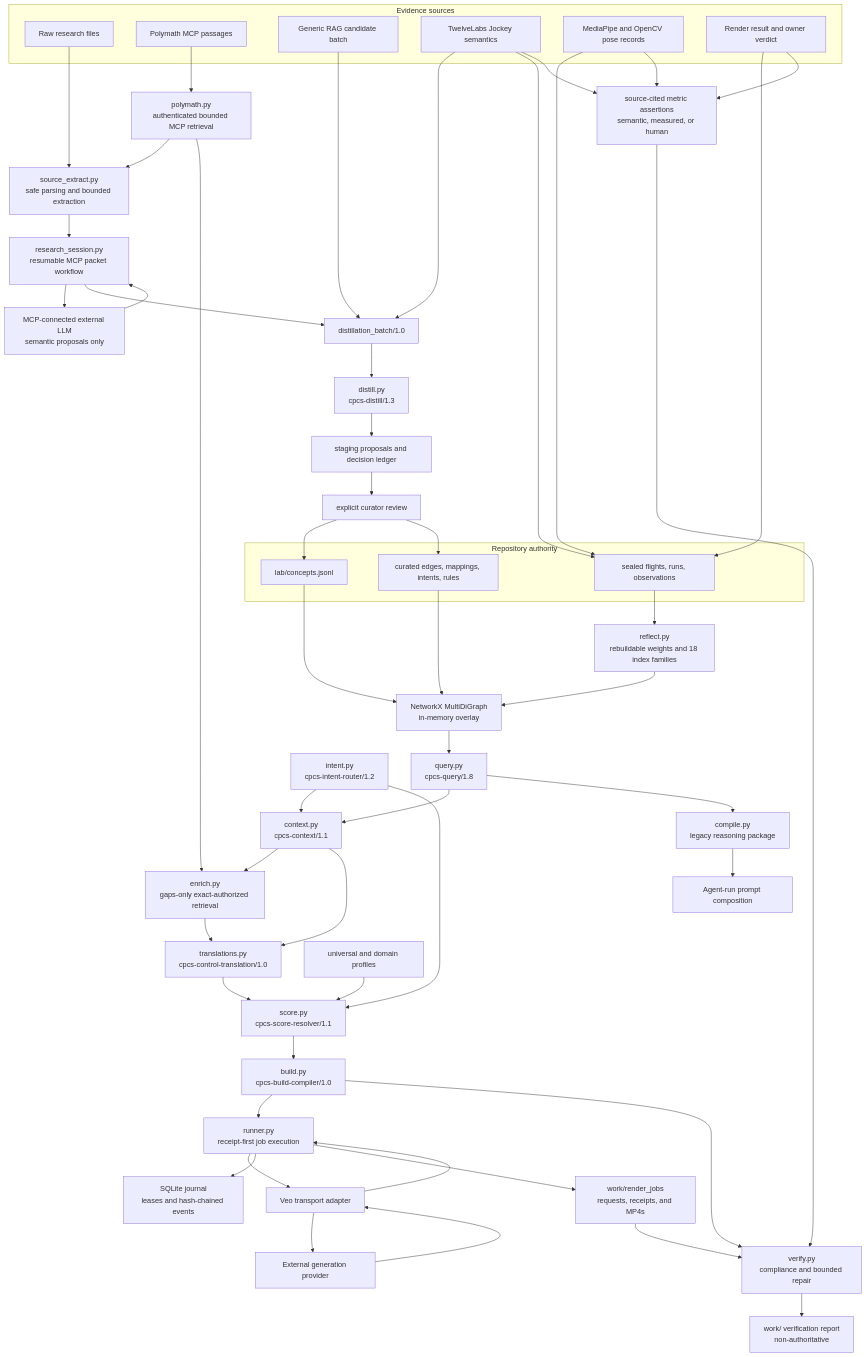
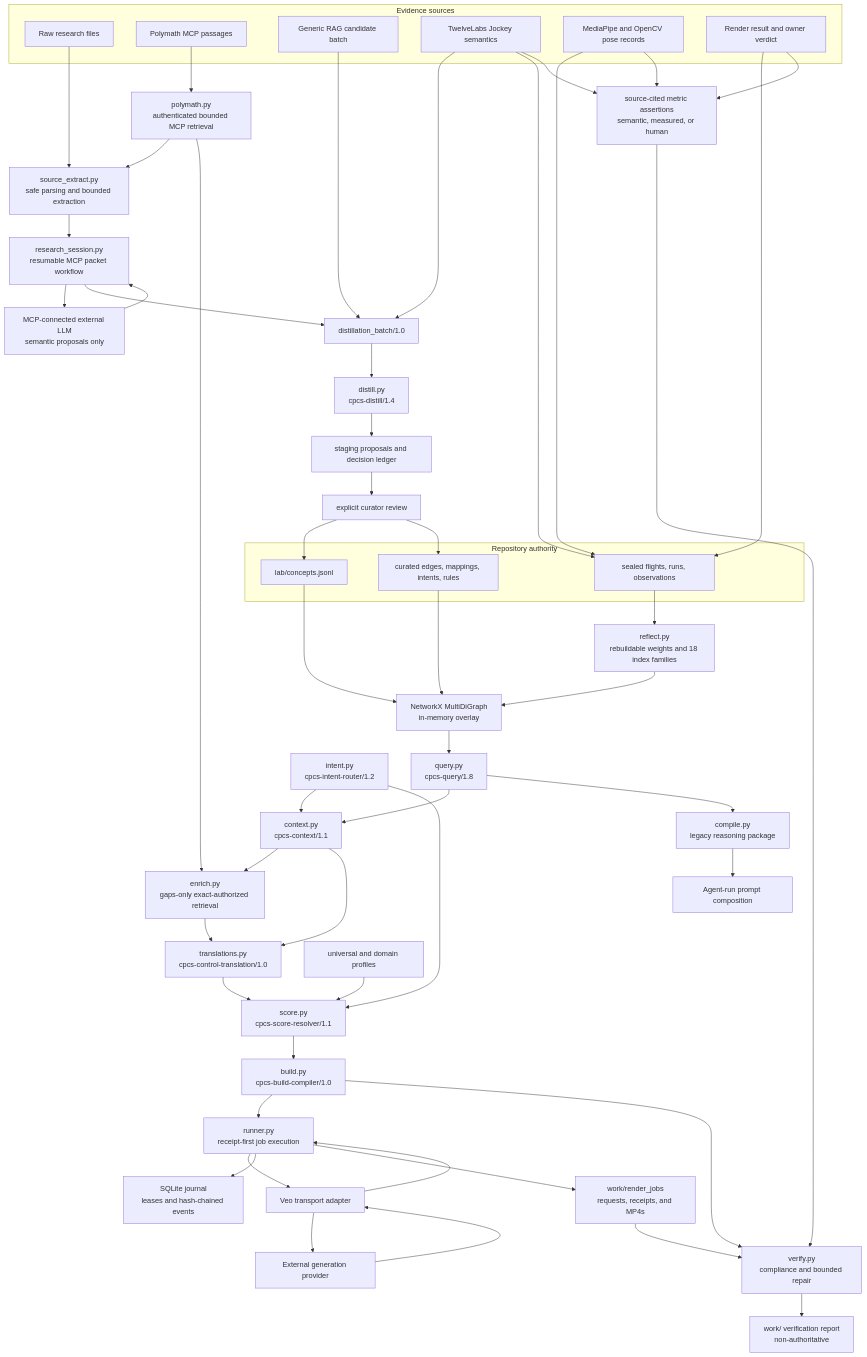
The second of 3 diagrams in ARCHITECTURE.md (Kingsley-Cyber/ai-video-movement-prompt-system), drawn with Mermaid before and after one commit. The commit also changed other lines of this file and 94 other files, not shown here.

````diff
--- a/ARCHITECTURE.md
+++ b/ARCHITECTURE.md
@@ -701,82 +1271,82 @@
 ```mermaid
 flowchart TB
     subgraph Sources["Evidence sources"]
         Raw["Raw research files"]
         Poly["Polymath MCP passages"]
         Generic["Generic RAG candidate batch"]
         Jockey["TwelveLabs Jockey semantics"]
         Pose["MediaPipe and OpenCV pose records"]
         Verdict["Render result and owner verdict"]
     end
 
     PolyRetrieve["polymath.py\nauthenticated bounded MCP retrieval"]
     SourceExtract["source_extract.py\nsafe parsing and bounded extraction"]
     ResearchSession["research_session.py\nresumable MCP packet workflow"]
     ExternalLLM["MCP-connected external LLM\nsemantic proposals only"]
     Batch["distillation_batch/1.0"]
-    Distill["distill.py\ncpcs-distill/1.3"]
+    Distill["distill.py\ncpcs-distill/1.4"]
     Staging["staging proposals and decision ledger"]
     Review["explicit curator review"]
 
     subgraph Authority["Repository authority"]
         Concepts["lab/concepts.jsonl"]
         Curated["curated edges, mappings, intents, rules"]
         Immutable["sealed flights, runs, observations"]
     end
 
     Reflect["reflect.py\nrebuildable weights and 18 index families"]
     Graph["NetworkX MultiDiGraph\nin-memory overlay"]
     Query["query.py\ncpcs-query/1.8"]
     Context["context.py\ncpcs-context/1.1"]
     Enrich["enrich.py\ngaps-only exact-authorized retrieval"]
     Intent["intent.py\ncpcs-intent-router/1.2"]
     Translate["translations.py\ncpcs-control-translation/1.0"]
     Profiles["universal and domain profiles"]
     Score["score.py\ncpcs-score-resolver/1.1"]
     Compile["compile.py\nlegacy reasoning package"]
     Build["build.py\ncpcs-build-compiler/1.0"]
     Runner["runner.py\nreceipt-first job execution"]
     Journal["SQLite journal\nleases and hash-chained events"]
     Adapter["Veo transport adapter"]
     Artifacts["work/render_jobs\nrequests, receipts, and MP4s"]
     Evidence["source-cited metric assertions\nsemantic, measured, or human"]
     Verify["verify.py\ncompliance and bounded repair"]
     Diagnostics["work/ verification report\nnon-authoritative"]
     ManualPrompt["Agent-run prompt composition"]
     Provider["External generation provider"]
 
     Raw --> SourceExtract --> ResearchSession
     Poly --> PolyRetrieve
     PolyRetrieve --> SourceExtract
     ResearchSession --> ExternalLLM --> ResearchSession --> Batch
     PolyRetrieve --> Enrich
     Generic --> Batch
     Jockey --> Batch
     Batch --> Distill --> Staging --> Review
     Review --> Concepts
     Review --> Curated
     Jockey --> Immutable
     Pose --> Immutable
     Verdict --> Immutable
     Immutable --> Reflect
     Reflect --> Graph
     Concepts --> Graph
     Curated --> Graph
     Graph --> Query --> Context --> Enrich
     Intent --> Context
     Intent --> Score
     Context --> Translate --> Score
     Enrich --> Translate
     Profiles --> Score
     Score --> Build --> Runner --> Adapter --> Provider
     Provider --> Adapter --> Runner
     Runner --> Journal
     Runner --> Artifacts
     Jockey --> Evidence
     Pose --> Evidence
     Verdict --> Evidence
     Build --> Verify
     Artifacts --> Verify
     Evidence --> Verify --> Diagnostics
     Query --> Compile --> ManualPrompt
 ```
````
